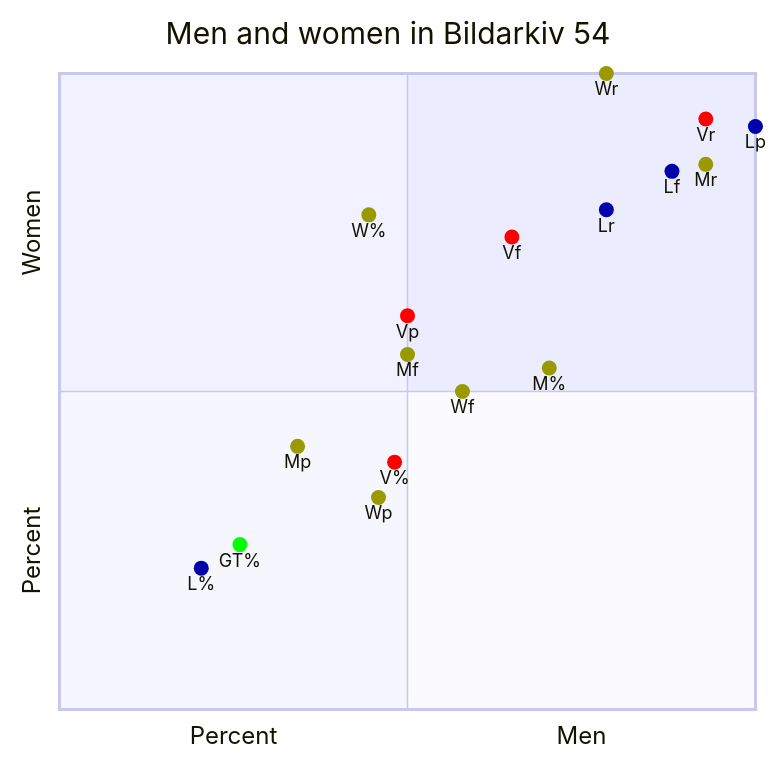
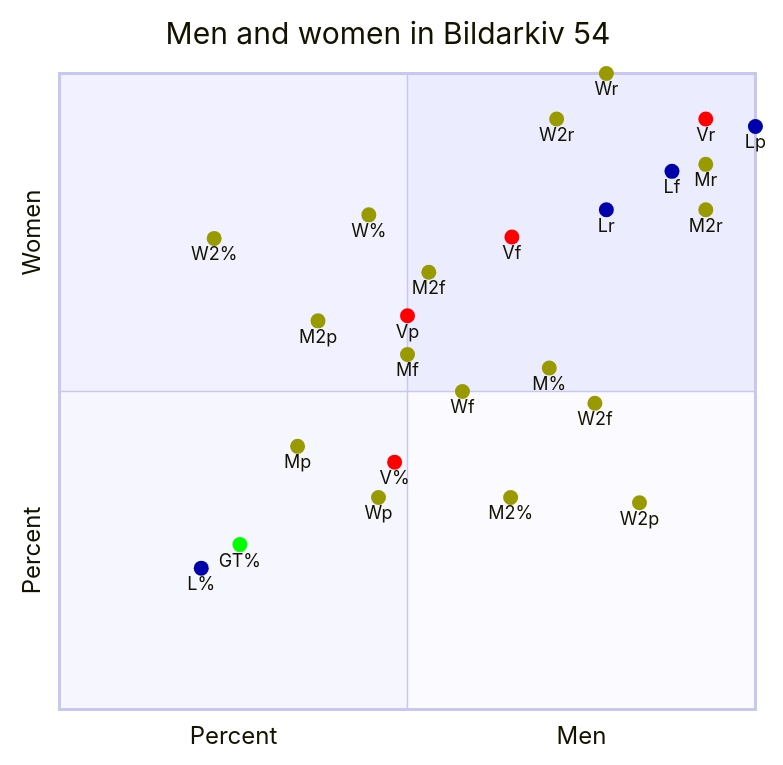
One commit to Modern36/tropes_1500 changed the tenth of 11 diagrams in browser/scatter.md. Above: the diagram before and after it, drawn with Mermaid. The commit also changed other lines of this file and 319 other files, not shown here.

````diff
--- a/browser/scatter.md
+++ b/browser/scatter.md
@@ -267,24 +339,32 @@
 ```mermaid
 quadrantChart
     title Men and women in Bildarkiv 54
     x-axis Percent --> Men
     y-axis Percent --> Women
     M%: [0.7037037037037037, 0.5370370370370371] color: #999900
+    M2%: [0.6481481481481481, 0.3333333333333333] color: #999900
     W%: [0.4444444444444444, 0.7777777777777778] color: #999900
+    W2%: [0.2222222222222222, 0.7407407407407407] color: #999900
     GT%: [0.25925925925925924, 0.25925925925925924] color: #00FF00
     V%: [0.48148148148148145, 0.3888888888888889] color: #FF0000
     L%: [0.2037037037037037, 0.2222222222222222] color: #0000AA
     Lf: [0.88, 0.8461538461538461]  color: #0000AA
     Lp: [0.9999, 0.9166666666666666]  color: #0000AA
     Lr: [0.7857142857142857, 0.7857142857142857]  color: #0000AA
-    Vf: [0.65, 0.7428571428571429]  color: #FF0000
+    Vf: [0.65, 0.742857142857143]  color: #FF0000
     Vp: [0.5, 0.6190476190476191]  color: #FF0000
     Vr: [0.9285714285714286, 0.9285714285714286]  color: #FF0000
+    W2f: [0.7692307692307692, 0.48148148148148157]  color: #999900
+    W2p: [0.8333333333333334, 0.325]  color: #999900
+    W2r: [0.7142857142857143, 0.9285714285714286]  color: #999900
     Wf: [0.5789473684210527, 0.5]  color: #999900
     Wp: [0.4583333333333333, 0.3333333333333333]  color: #999900
     Wr: [0.7857142857142857, 0.9999]  color: #999900
-    Mf: [0.5, 0.5581395348837209]  color: #999900
+    M2f: [0.5306122448979592, 0.6875000000000001]  color: #999900
+    M2p: [0.37142857142857144, 0.6111111111111112]  color: #999900
+    M2r: [0.9285714285714286, 0.7857142857142857]  color: #999900
+    Mf: [0.5, 0.5581395348837208]  color: #999900
     Mp: [0.34210526315789475, 0.41379310344827586]  color: #999900
     Mr: [0.9285714285714286, 0.8571428571428571]  color: #999900
 
 ```
````
